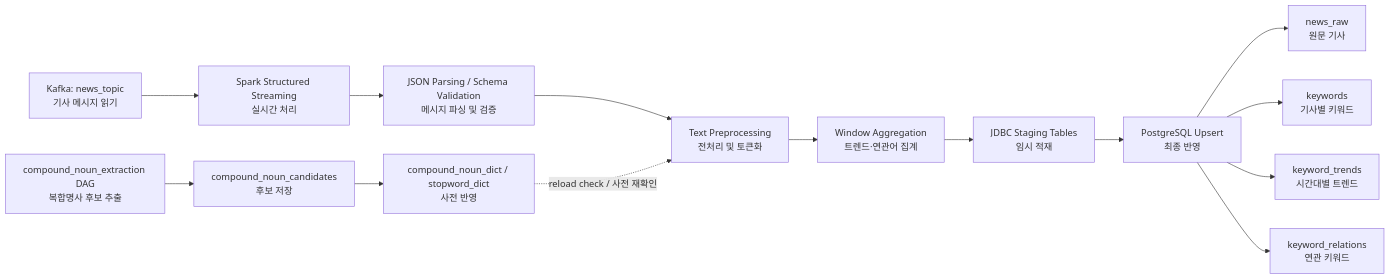
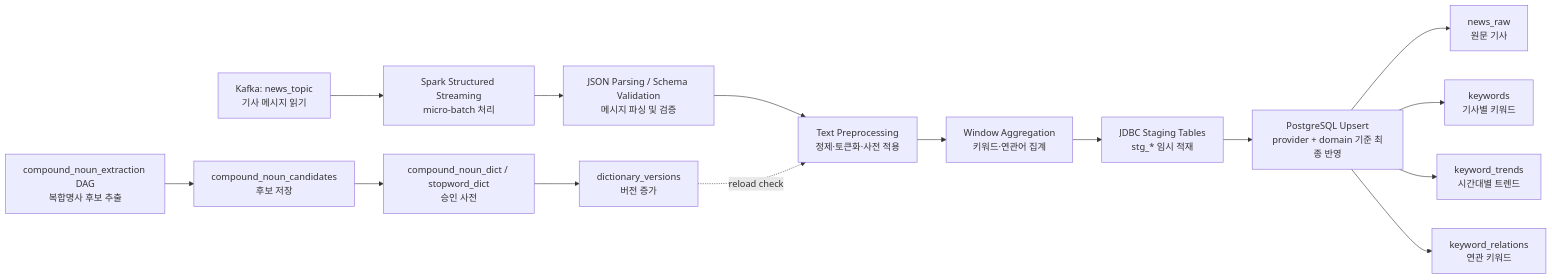
The second of 2 diagrams in docs/design/STEP2_SPARK.md (yeongmin-yu/news-trend-pipeline-dev), drawn with Mermaid before and after one commit. The commit also changed other lines of this file, not shown here.

Commit message:
docs: align step2 spark doc with current db schema split

````diff
--- a/docs/design/STEP2_SPARK.md
+++ b/docs/design/STEP2_SPARK.md
@@ -26,18 +23,19 @@
 ```mermaid
 flowchart LR
-    A["Kafka: news_topic<br/>기사 메시지 읽기"] --> B["Spark Structured Streaming<br/>실시간 처리"]
+    A["Kafka: news_topic<br/>기사 메시지 읽기"] --> B["Spark Structured Streaming<br/>micro-batch 처리"]
     B --> C["JSON Parsing / Schema Validation<br/>메시지 파싱 및 검증"]
-    C --> D["Text Preprocessing<br/>전처리 및 토큰화"]
-    D --> E["Window Aggregation<br/>트렌드·연관어 집계"]
-    E --> F["JDBC Staging Tables<br/>임시 적재"]
-    F --> G["PostgreSQL Upsert<br/>최종 반영"]
+    C --> D["Text Preprocessing<br/>정제·토큰화·사전 적용"]
+    D --> E["Window Aggregation<br/>키워드·연관어 집계"]
+    E --> F["JDBC Staging Tables<br/>stg_* 임시 적재"]
+    F --> G["PostgreSQL Upsert<br/>provider + domain 기준 최종 반영"]
 
     G --> H["news_raw<br/>원문 기사"]
     G --> I["keywords<br/>기사별 키워드"]
     G --> J["keyword_trends<br/>시간대별 트렌드"]
     G --> K["keyword_relations<br/>연관 키워드"]
 
     L["compound_noun_extraction DAG<br/>복합명사 후보 추출"] --> M["compound_noun_candidates<br/>후보 저장"]
-    M --> N["compound_noun_dict / stopword_dict<br/>사전 반영"]
-    N -. reload check / 사전 재확인 .-> D
+    M --> N["compound_noun_dict / stopword_dict<br/>승인 사전"]
+    N --> O["dictionary_versions<br/>버전 증가"]
+    O -. reload check .-> D
 ```
````
